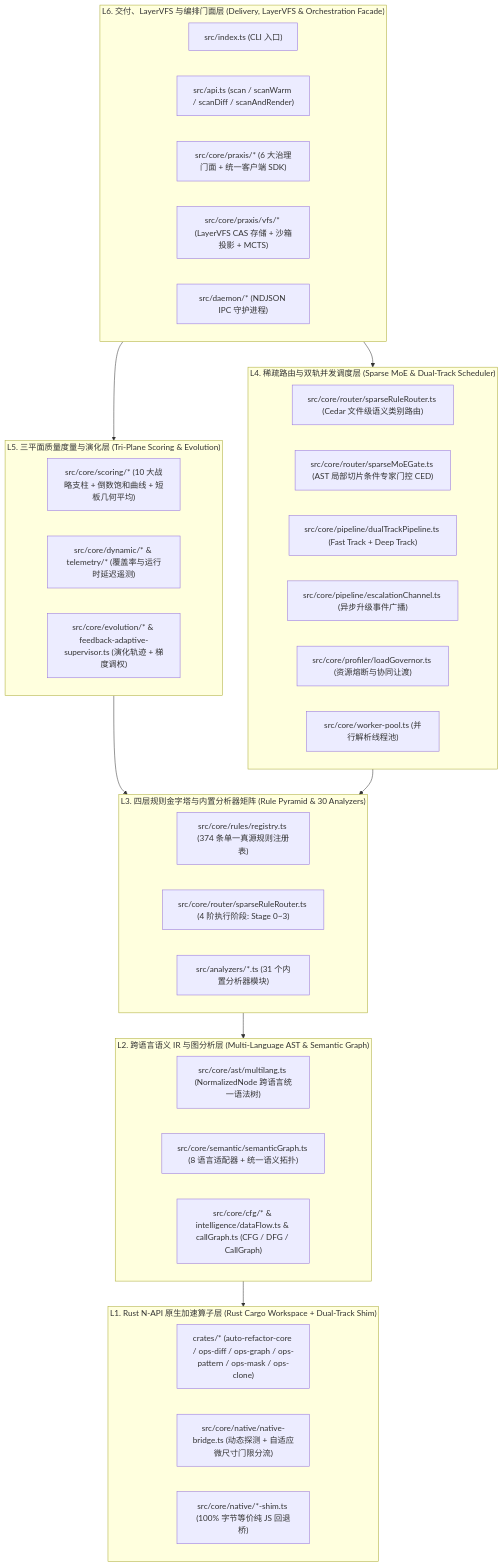
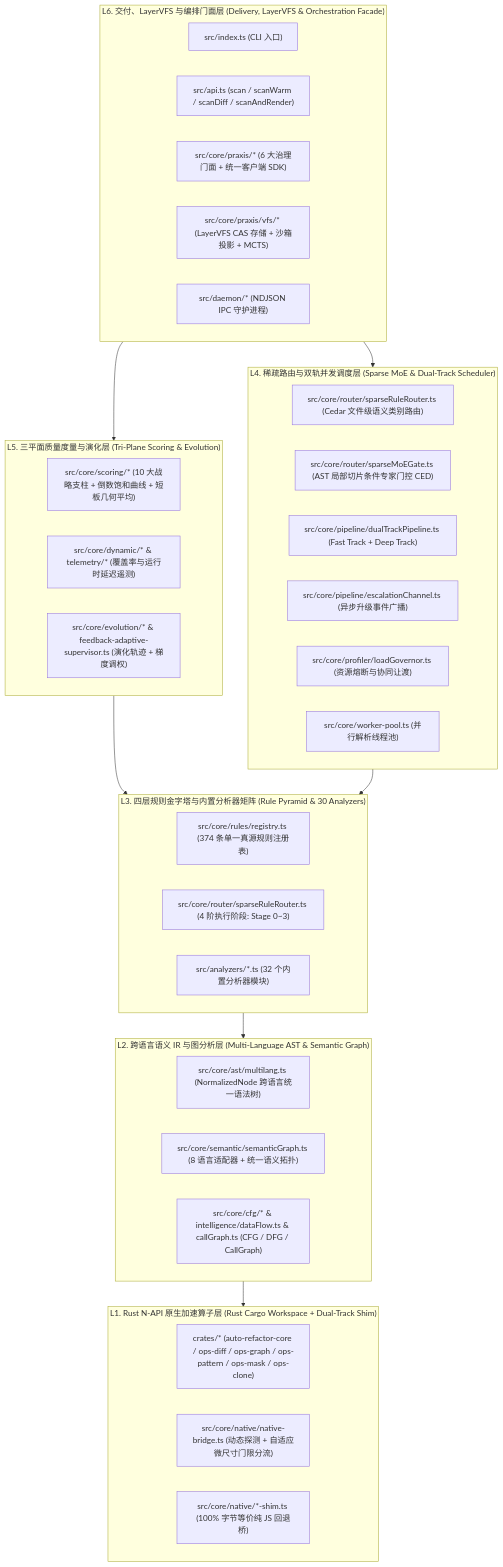
One commit to guilingzhouyi-creator/vscode-extensions changed the first of 2 diagrams in auto-refactor/docs/01-architecture/01-system-overview.md. Above: the diagram before and after it, drawn with Mermaid. The commit also changed other lines of this file and 14 other files, not shown here.

````diff
--- a/auto-refactor/docs/01-architecture/01-system-overview.md
+++ b/auto-refactor/docs/01-architecture/01-system-overview.md
@@ -12,50 +12,50 @@
 ```mermaid
 flowchart TD
   subgraph L6["L6. 交付、LayerVFS 与编排门面层 (Delivery, LayerVFS & Orchestration Facade)"]
     CLI["src/index.ts (CLI 入口)"]
     API["src/api.ts (scan / scanWarm / scanDiff / scanAndRender)"]
     PRAXIS["src/core/praxis/* (6 大治理门面 + 统一客户端 SDK)"]
     VFS["src/core/praxis/vfs/* (LayerVFS CAS 存储 + 沙箱投影 + MCTS)"]
     DAEMON["src/daemon/* (NDJSON IPC 守护进程)"]
   end
 
   subgraph L5["L5. 三平面质量度量与演化层 (Tri-Plane Scoring & Evolution)"]
     STATIC["src/core/scoring/* (10 大战略支柱 + 倒数饱和曲线 + 短板几何平均)"]
     DYNAMIC["src/core/dynamic/* & telemetry/* (覆盖率与运行时延迟遥测)"]
     EVOL["src/core/evolution/* & feedback-adaptive-supervisor.ts (演化轨迹 + 梯度调权)"]
   end
 
   subgraph L4["L4. 稀疏路由与双轨并发调度层 (Sparse MoE & Dual-Track Scheduler)"]
     ROUTER["src/core/router/sparseRuleRouter.ts (Cedar 文件级语义类别路由)"]
     MOE["src/core/router/sparseMoEGate.ts (AST 局部切片条件专家门控 CED)"]
     DUAL["src/core/pipeline/dualTrackPipeline.ts (Fast Track + Deep Track)"]
     ESCALATE["src/core/pipeline/escalationChannel.ts (异步升级事件广播)"]
     GOVERNOR["src/core/profiler/loadGovernor.ts (资源熔断与协同让渡)"]
     POOL["src/core/worker-pool.ts (并行解析线程池)"]
   end
 
   subgraph L3["L3. 四层规则金字塔与内置分析器矩阵 (Rule Pyramid & 30 Analyzers)"]
     REG["src/core/rules/registry.ts (374 条单一真源规则注册表)"]
     STAGES["src/core/router/sparseRuleRouter.ts (4 阶执行阶段: Stage 0~3)"]
-    ANALYZERS["src/analyzers/*.ts (31 个内置分析器模块)"]
+    ANALYZERS["src/analyzers/*.ts (32 个内置分析器模块)"]
   end
 
   subgraph L2["L2. 跨语言语义 IR 与图分析层 (Multi-Language AST & Semantic Graph)"]
     AST["src/core/ast/multilang.ts (NormalizedNode 跨语言统一语法树)"]
     GRAPH["src/core/semantic/semanticGraph.ts (8 语言适配器 + 统一语义拓扑)"]
     FLOW["src/core/cfg/* & intelligence/dataFlow.ts & callGraph.ts (CFG / DFG / CallGraph)"]
   end
 
   subgraph L1["L1. Rust N-API 原生加速算子层 (Rust Cargo Workspace + Dual-Track Shim)"]
     CRATES["crates/* (auto-refactor-core / ops-diff / ops-graph / ops-pattern / ops-mask / ops-clone)"]
     BRIDGE["src/core/native/native-bridge.ts (动态探测 + 自适应微尺寸门限分流)"]
     SHIM["src/core/native/*-shim.ts (100% 字节等价纯 JS 回退桥)"]
   end
 
   L6 --> L5
   L6 --> L4
   L5 --> L3
   L4 --> L3
   L3 --> L2
   L2 --> L1
 ```
````
